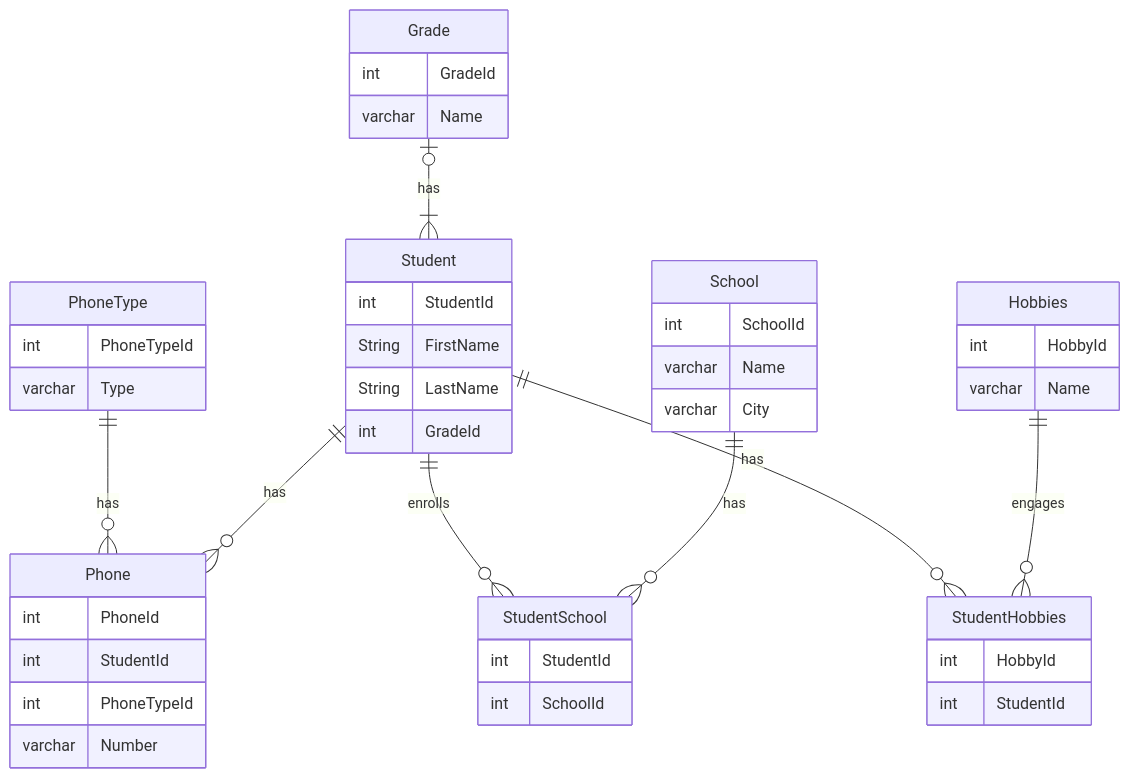
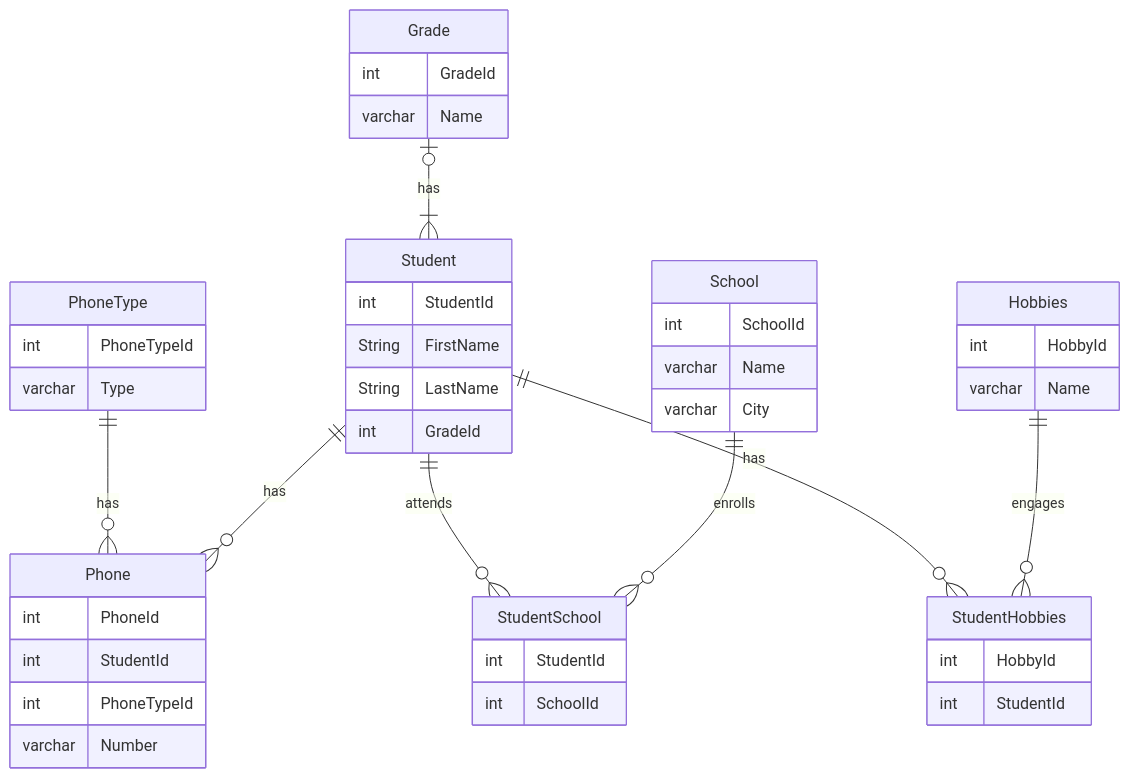
One commit to JuliaHLonn/DB2022 changed the diagram in README.md. Above: the diagram before and after it, drawn with Mermaid.

````diff
--- a/README.md
+++ b/README.md
@@ -12,47 +12,47 @@
 ```mermaid
 erDiagram
 Student {
 int StudentId
 String FirstName
 String LastName
 int GradeId
 }
 Phone {
 int PhoneId
 int StudentId
 int PhoneTypeId
 varchar Number
 }
 PhoneType {
 int PhoneTypeId
 varchar Type
 }
 School {
 int SchoolId
 varchar Name
 varchar City
 }
 StudentSchool {
 int StudentId
 int SchoolId
 }
 Grade {
 int GradeId
 varchar Name
 }
 Hobbies {
 int HobbyId
 varchar Name
 }
 StudentHobbies {
 int HobbyId
 int StudentId
 }
 Student || --o{ Phone : has
 PhoneType || --o{ Phone : has
-School || --o{ StudentSchool : has
-Student || --o{ StudentSchool : enrolls
+School || --o{ StudentSchool : enrolls
+Student || --o{ StudentSchool : attends
 Grade |o --|{ Student : has
 Hobbies || --o{ StudentHobbies : engages
 Student || --o{ StudentHobbies : has
 ```
````
